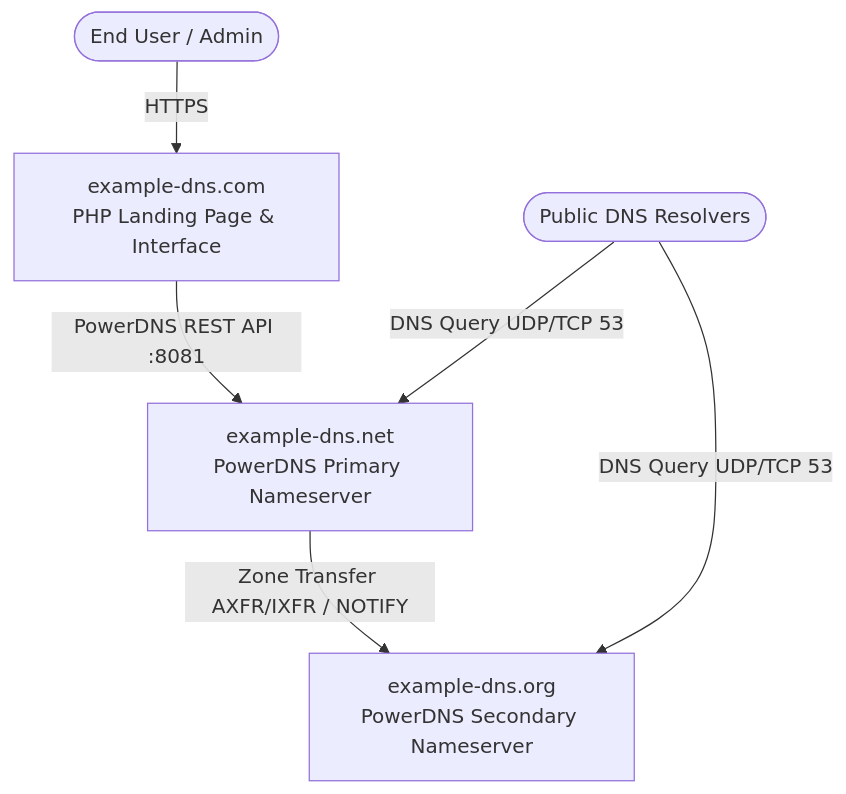
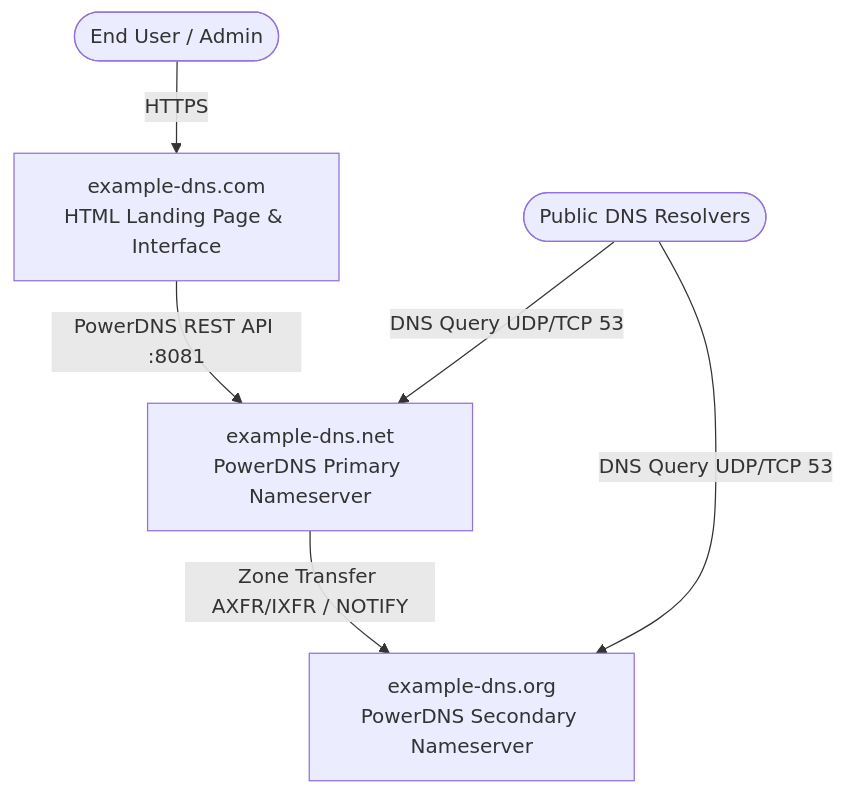
The diagram in docs/architecture.md (example-dns/example-dns), drawn with Mermaid before and after one commit. The commit also changed other lines of this file and 9 other files, not shown here.

Commit message:
refactor(web): convert landing page to static HTML only with en/de pages

````diff
--- a/docs/architecture.md
+++ b/docs/architecture.md
@@ -29,9 +29,9 @@
 ```mermaid
 flowchart TD
-    User([End User / Admin]) -->|HTTPS| WebApp[example-dns.com<br/>PHP Landing Page & Interface]
+    User([End User / Admin]) -->|HTTPS| WebApp[example-dns.com<br/>HTML Landing Page & Interface]
     WebApp -->|PowerDNS REST API :8081| PrimaryNS[example-dns.net<br/>PowerDNS Primary Nameserver]
     PrimaryNS -->|Zone Transfer AXFR/IXFR / NOTIFY| SecondaryNS[example-dns.org<br/>PowerDNS Secondary Nameserver]
     
     DNSClient([Public DNS Resolvers]) -->|DNS Query UDP/TCP 53| PrimaryNS
     DNSClient -->|DNS Query UDP/TCP 53| SecondaryNS
 ```
````
